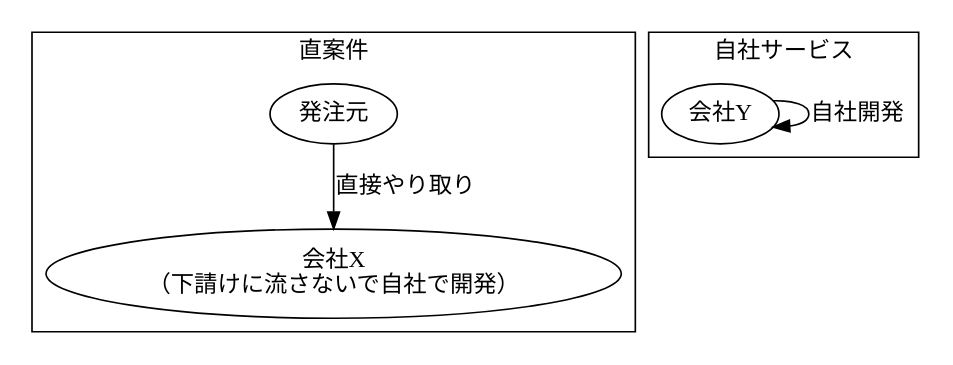
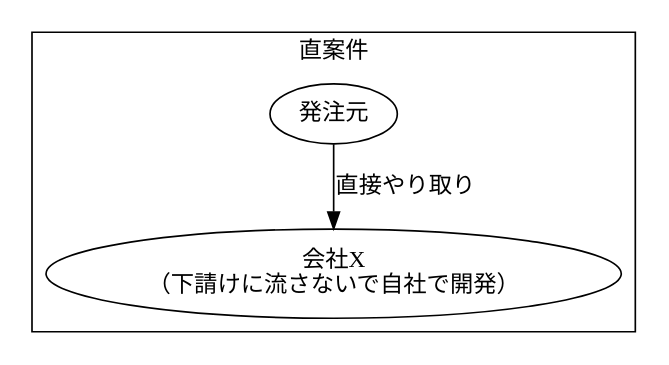
Before and after one commit to snamiki1212/myblog: the second of 3 diagrams in contents/2020-01-22_0900_leave-from-black-sier/index.md, drawn with Graphviz. The commit also changed other lines of this file, not shown here.

````diff
--- a/contents/2020-01-22_0900_leave-from-black-sier/index.md
+++ b/contents/2020-01-22_0900_leave-from-black-sier/index.md
@@ -139,13 +137,8 @@
 ```dot
 digraph G {
   subgraph cluster_x{
       graph [label="直案件"]
       発注元 -> "会社X\n（下請けに流さないで自社で開発）" [label="直接やり取り"]
   }
-  
-  subgraph cluster_y{
-      graph[label="自社サービス"]
-      会社Y ->会社Y [label="自社開発"]
-  }
 }
 ```
````
